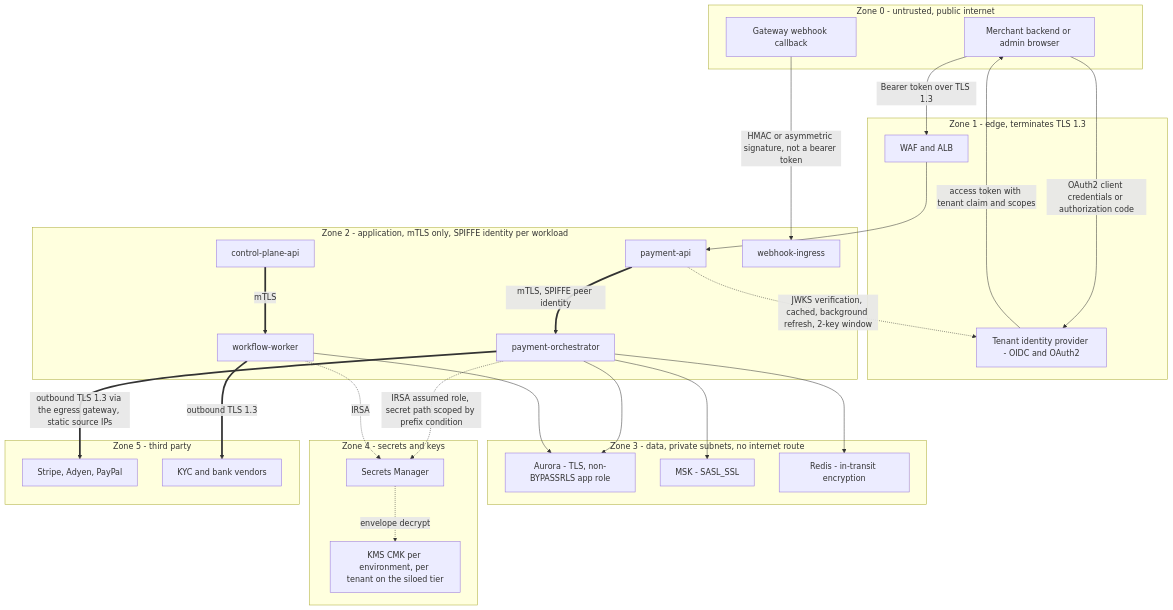
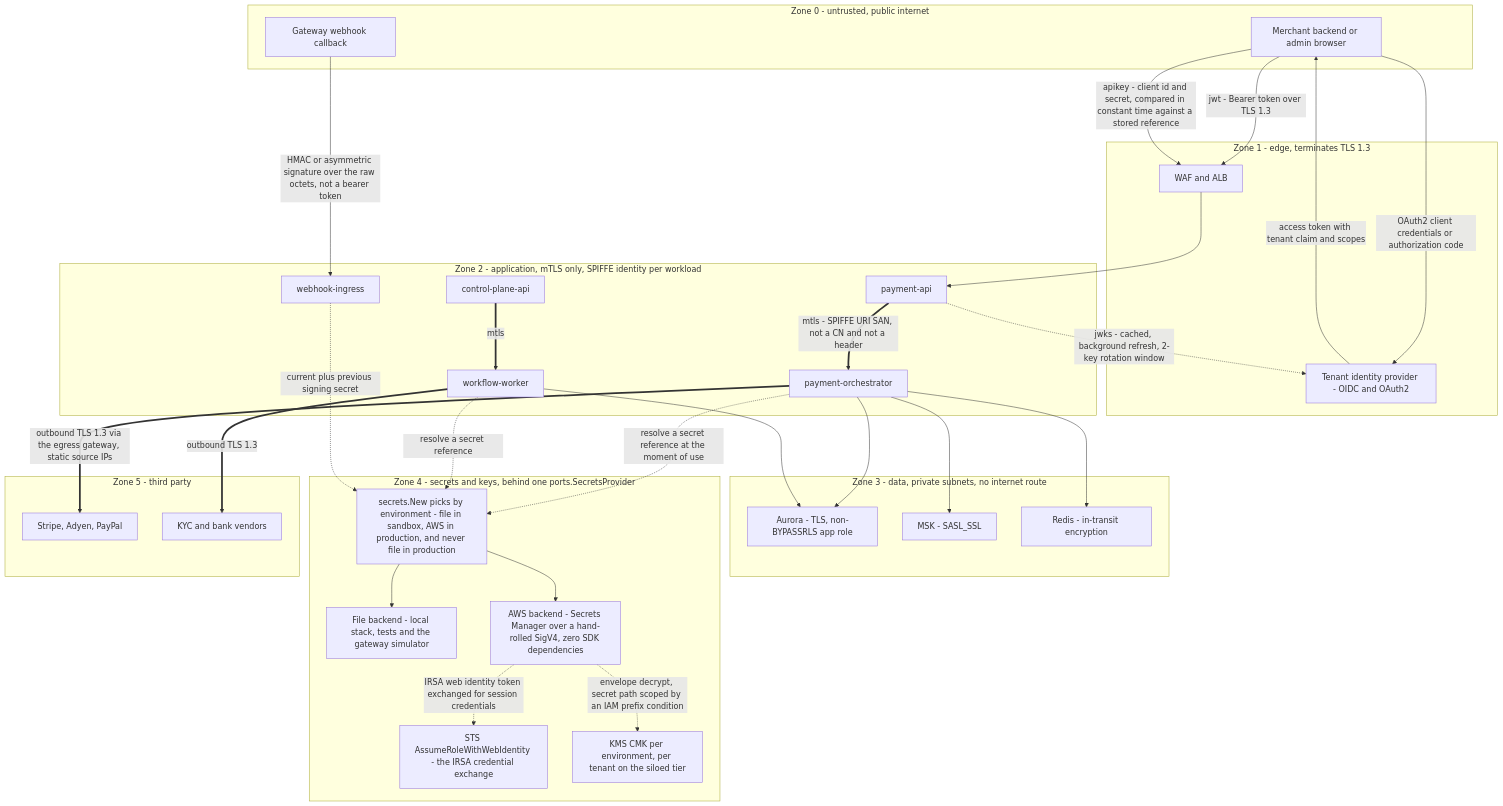
One commit to udaykishore-resu/payments-platform changed the first of 3 diagrams in docs/diagrams/17-security-architecture.md. Above: the diagram before and after it, drawn with Mermaid. The commit also changed other lines of this file and 67 other files, not shown here.

````diff
--- a/docs/diagrams/17-security-architecture.md
+++ b/docs/diagrams/17-security-architecture.md
@@ -15,55 +17,63 @@
 ```mermaid
 flowchart TB
   subgraph Z0["Zone 0 - untrusted, public internet"]
     CLIENT["Merchant backend or admin browser"]
     GWCB["Gateway webhook callback"]
   end
 
   subgraph Z1["Zone 1 - edge, terminates TLS 1.3"]
     WAF["WAF and ALB"]
     OIDC["Tenant identity provider - OIDC and OAuth2"]
   end
 
   subgraph Z2["Zone 2 - application, mTLS only, SPIFFE identity per workload"]
     PAPI["payment-api"]
     CPAPI["control-plane-api"]
     WHIG["webhook-ingress"]
     PORC["payment-orchestrator"]
     WFW["workflow-worker"]
   end
 
   subgraph Z3["Zone 3 - data, private subnets, no internet route"]
     AUR["Aurora - TLS, non-BYPASSRLS app role"]
     MSKB["MSK - SASL_SSL"]
     RDS["Redis - in-transit encryption"]
   end
 
-  subgraph Z4["Zone 4 - secrets and keys"]
-    SM["Secrets Manager"]
+  subgraph Z4["Zone 4 - secrets and keys, behind one ports.SecretsProvider"]
+    PROV["secrets.New picks by environment - file in sandbox, AWS in production, and never file in production"]
+    SMF["File backend - local stack, tests and the gateway simulator"]
+    SMA["AWS backend - Secrets Manager over a hand-rolled SigV4, zero SDK dependencies"]
+    STS["STS AssumeRoleWithWebIdentity - the IRSA credential exchange"]
     KMS["KMS CMK per environment, per tenant on the siloed tier"]
   end
 
   subgraph Z5["Zone 5 - third party"]
     GWX["Stripe, Adyen, PayPal"]
     KYCX["KYC and bank vendors"]
   end
 
   CLIENT -->|"OAuth2 client credentials or authorization code"| OIDC
   OIDC -->|"access token with tenant claim and scopes"| CLIENT
-  CLIENT -->|"Bearer token over TLS 1.3"| WAF --> PAPI
-  PAPI -.->|"JWKS verification, cached, background refresh, 2-key window"| OIDC
-  GWCB -->|"HMAC or asymmetric signature, not a bearer token"| WHIG
+  CLIENT -->|"jwt - Bearer token over TLS 1.3"| WAF --> PAPI
+  CLIENT -->|"apikey - client id and secret, compared in constant time against a stored reference"| WAF
+  PAPI -.->|"jwks - cached, background refresh, 2-key rotation window"| OIDC
+  GWCB -->|"HMAC or asymmetric signature over the raw octets, not a bearer token"| WHIG
 
-  PAPI ==>|"mTLS, SPIFFE peer identity"| PORC
-  CPAPI ==>|"mTLS"| WFW
+  PAPI ==>|"mtls - SPIFFE URI SAN, not a CN and not a header"| PORC
+  CPAPI ==>|"mtls"| WFW
   PORC --> AUR
   PORC --> RDS
   PORC --> MSKB
   WFW --> AUR
 
-  PORC -.->|"IRSA assumed role, secret path scoped by prefix condition"| SM
-  SM -.->|"envelope decrypt"| KMS
-  WFW -.->|"IRSA"| SM
+  PORC -.->|"resolve a secret reference at the moment of use"| PROV
+  WFW -.->|"resolve a secret reference"| PROV
+  WHIG -.->|"current plus previous signing secret"| PROV
+  PROV --> SMF
+  PROV --> SMA
+  SMA -.->|"IRSA web identity token exchanged for session credentials"| STS
+  SMA -.->|"envelope decrypt, secret path scoped by an IAM prefix condition"| KMS
   PORC ==>|"outbound TLS 1.3 via the egress gateway, static source IPs"| GWX
   WFW ==>|"outbound TLS 1.3"| KYCX
 ```
````
